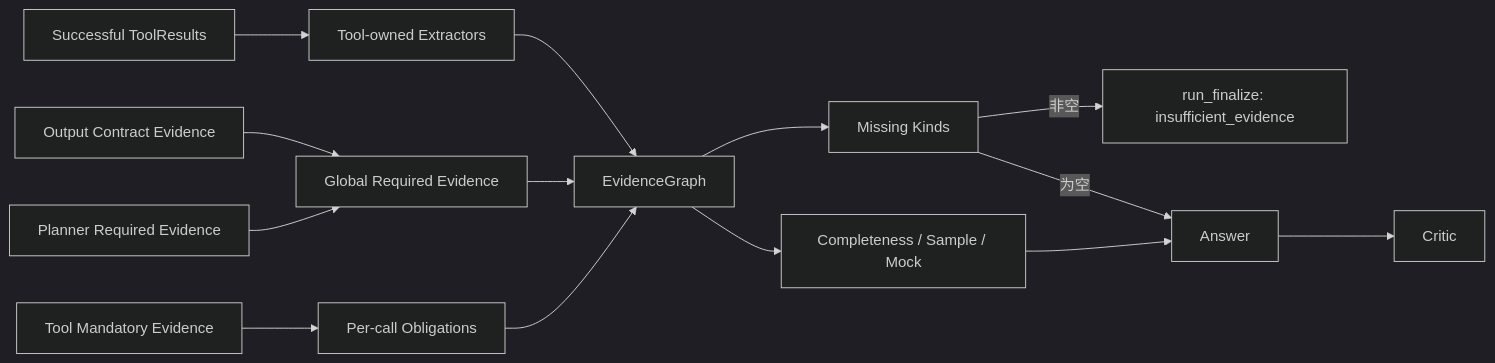
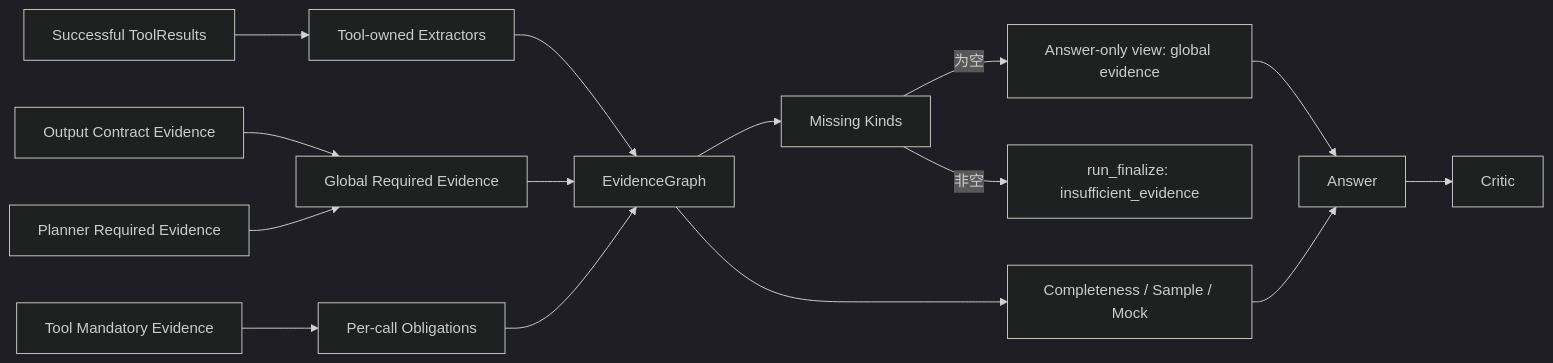
Before and after one commit to Philip23333/DotaMind: the diagram in docs/design/architecture/Evidence层.md, drawn with Mermaid (dark theme). The commit also changed other lines of this file and 17 other files, not shown here.

First line of the commit message:
fix(answer): P1 收束比赛详情进度 evidence 视图

````diff
--- a/docs/design/architecture/Evidence层.md
+++ b/docs/design/architecture/Evidence层.md
@@ -24,18 +24,19 @@
 ```mermaid
 flowchart LR
     Contract["Output Contract Evidence"] --> Global["Global Required Evidence"]
     Planner["Planner Required Evidence"] --> Global
     Registry["Tool Mandatory Evidence"] --> PerCall["Per-call Obligations"]
 
     Results["Successful ToolResults"] --> Extractors["Tool-owned Extractors"]
     Extractors --> Graph["EvidenceGraph"]
     Global --> Graph
     PerCall --> Graph
 
     Graph --> Missing["Missing Kinds"]
     Graph --> Quality["Completeness / Sample / Mock"]
     Missing -->|"非空"| Finalize["run_finalize: insufficient_evidence"]
-    Missing -->|"为空"| Answer["Answer"]
+    Missing -->|"为空"| AnswerView["Answer-only view: global evidence"]
+    AnswerView --> Answer["Answer"]
     Quality --> Answer
     Answer --> Critic["Critic"]
 ```
````
